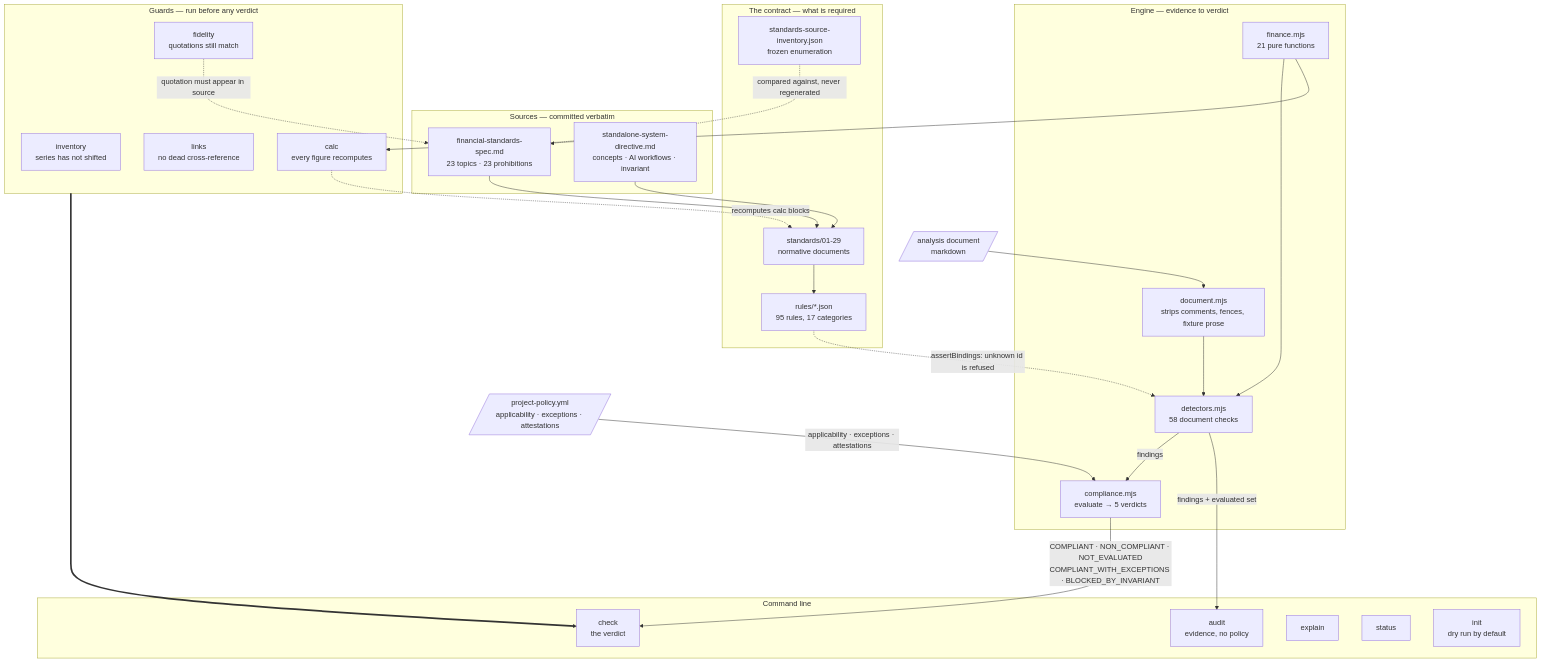
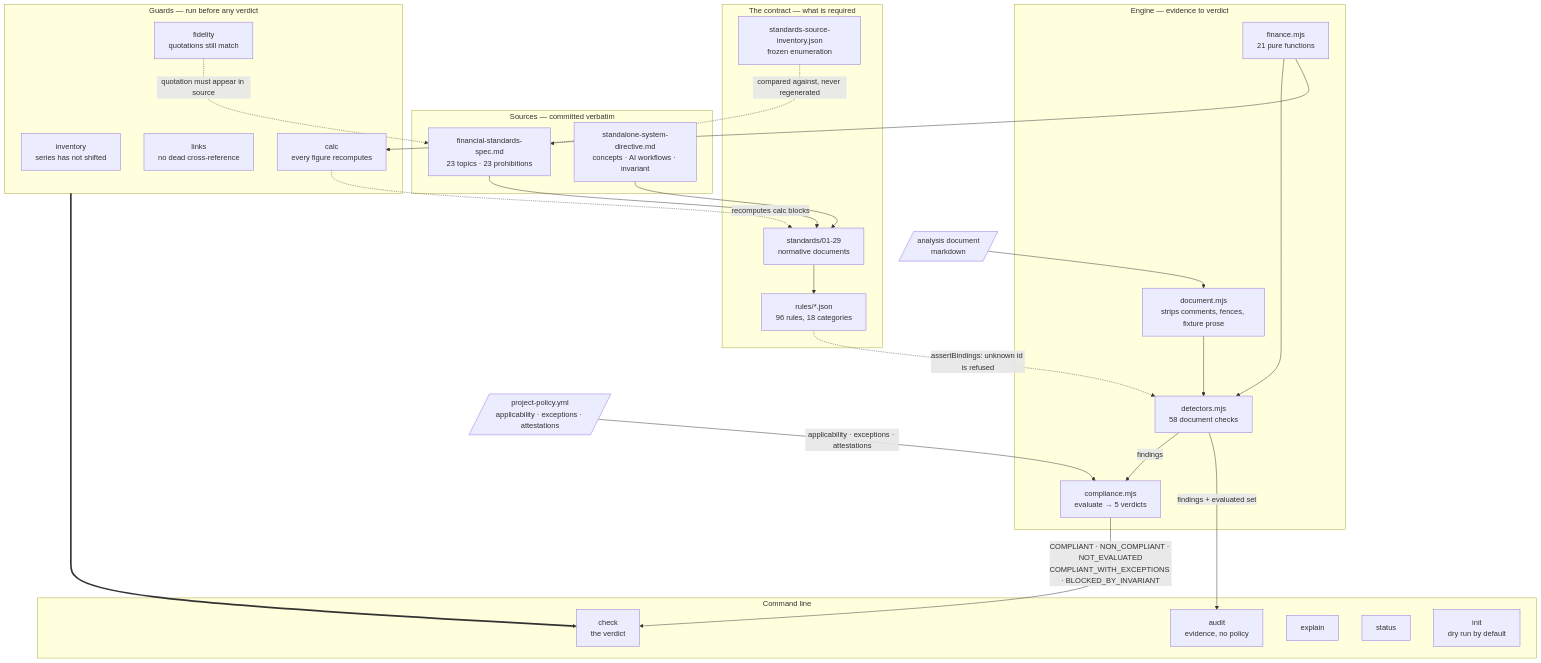
One commit to mikeycdavis/FinancialStandards changed the diagram in docs/architecture.mmd. Above: the diagram before and after it, drawn with Mermaid. The commit also changed 20 other files, not shown here.

```diff
--- a/docs/architecture.mmd
+++ b/docs/architecture.mmd
@@ -1,56 +1,56 @@
 flowchart TB
     subgraph sources["Sources — committed verbatim"]
         spec["financial-standards-spec.md<br/>23 topics · 23 prohibitions"]
         directive["standalone-system-directive.md<br/>concepts · AI workflows · invariant"]
     end
 
     subgraph contract["The contract — what is required"]
         standards["standards/01-29<br/>normative documents"]
-        catalog["rules/*.json<br/>95 rules, 17 categories"]
+        catalog["rules/*.json<br/>96 rules, 18 categories"]
         inventory["standards-source-inventory.json<br/>frozen enumeration"]
     end
 
     subgraph guards["Guards — run before any verdict"]
         inv["inventory<br/>series has not shifted"]
         fid["fidelity<br/>quotations still match"]
         links["links<br/>no dead cross-reference"]
         math["calc<br/>every figure recomputes"]
     end
 
     subgraph engine["Engine — evidence to verdict"]
         document["document.mjs<br/>strips comments, fences, fixture prose"]
         detectors["detectors.mjs<br/>58 document checks"]
         finance["finance.mjs<br/>21 pure functions"]
         compliance["compliance.mjs<br/>evaluate → 5 verdicts"]
     end
 
     subgraph surface["Command line"]
         audit["audit<br/>evidence, no policy"]
         check["check<br/>the verdict"]
         explain["explain"]
         status["status"]
         init["init<br/>dry run by default"]
     end
 
     analysis[/"analysis document<br/>markdown"/]
     policy[/"project-policy.yml<br/>applicability · exceptions · attestations"/]
 
     spec --> standards
     directive --> standards
     standards --> catalog
     inventory -. "compared against, never regenerated" .-> spec
     fid -. "quotation must appear in source" .-> spec
     math -. "recomputes calc blocks" .-> standards
 
     analysis --> document
     document --> detectors
     catalog -. "assertBindings: unknown id is refused" .-> detectors
     finance --> math
     finance --> detectors
 
     detectors -- "findings + evaluated set" --> audit
     detectors -- findings --> compliance
     policy -- "applicability · exceptions · attestations" --> compliance
     compliance -- "COMPLIANT · NON_COMPLIANT · NOT_EVALUATED<br/>COMPLIANT_WITH_EXCEPTIONS · BLOCKED_BY_INVARIANT" --> check
 
     guards ==> check
```
